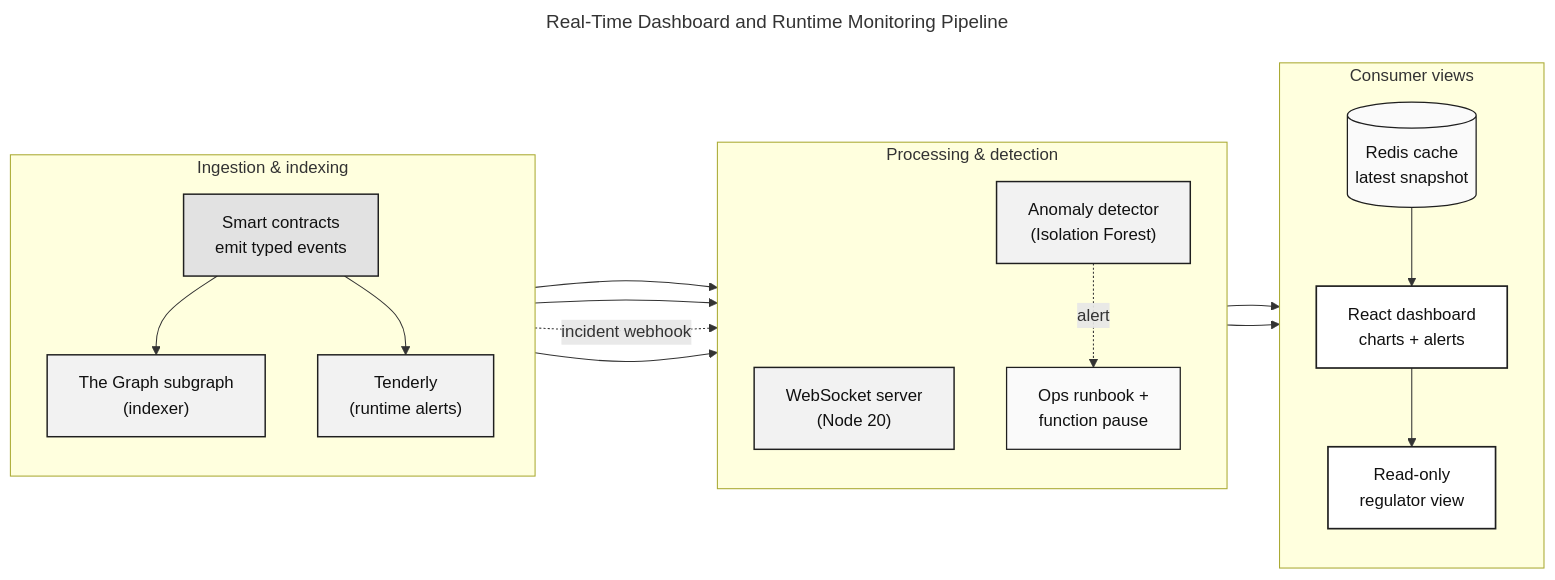
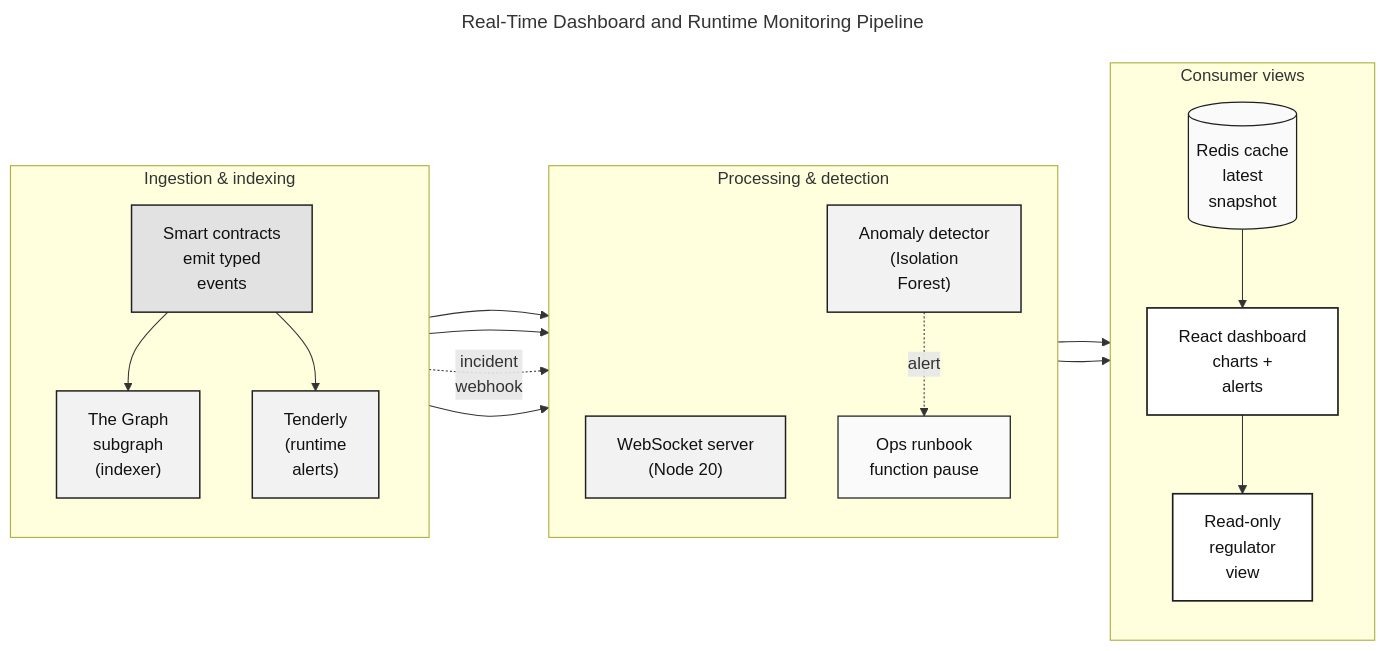
Before and after one commit to Yuvraajrahman/Cryto-World-Bank: the diagram in Documentation/Diagrams/mermaid-src/improved diagrams/fig-realtime-dashboard.mmd, drawn with Mermaid. The commit also changed 115 other files, not shown here.

Commit message:
updated and fixed diagrams

```diff
--- a/Documentation/Diagrams/mermaid-src/improved diagrams/fig-realtime-dashboard.mmd
+++ b/Documentation/Diagrams/mermaid-src/improved diagrams/fig-realtime-dashboard.mmd
@@ -1,38 +1,38 @@
 ---
 title: Real-Time Dashboard and Runtime Monitoring Pipeline
 ---
 flowchart LR
     classDef chain fill:#E2E2E2,stroke:#1F1F1F,stroke-width:1.4px,color:#111111
     classDef step  fill:#F2F2F2,stroke:#1F1F1F,stroke-width:1.4px,color:#111111
     classDef store fill:#FAFAFA,stroke:#1F1F1F,stroke-width:1.2px,color:#111111
     classDef view  fill:#FFFFFF,stroke:#1F1F1F,stroke-width:1.6px,color:#111111
 
     subgraph LEFT[" Ingestion & indexing "]
         direction TB
-        SC["Smart contracts<br/>emit typed events"]:::chain
-        GRP["The Graph subgraph<br/>(indexer)"]:::step
-        TEN["Tenderly<br/>(runtime alerts)"]:::step
+        SC["Smart contracts<br/>emit typed<br/>events"]:::chain
+        GRP["The Graph<br/>subgraph<br/>(indexer)"]:::step
+        TEN["Tenderly<br/>(runtime<br/>alerts)"]:::step
         SC --> GRP
         SC --> TEN
     end
 
     subgraph MID[" Processing & detection "]
         direction TB
         WS["WebSocket server<br/>(Node 20)"]:::step
-        ANL["Anomaly detector<br/>(Isolation Forest)"]:::step
-        OPS["Ops runbook +<br/>function pause"]:::store
+        ANL["Anomaly detector<br/>(Isolation<br/>Forest)"]:::step
+        OPS["Ops runbook<br/>function pause"]:::store
         GRP --> WS
         GRP --> ANL
-        TEN -. "incident webhook" .-> OPS
+        TEN -. "incident<br/>webhook" .-> OPS
         ANL -. "alert" .-> OPS
     end
 
     subgraph RIGHT[" Consumer views "]
         direction TB
-        CACHE[("Redis cache<br/>latest snapshot")]:::store
-        DASH["React dashboard<br/>charts + alerts"]:::view
-        REG["Read-only<br/>regulator view"]:::view
+        CACHE[("Redis cache<br/>latest<br/>snapshot")]:::store
+        DASH["React dashboard<br/>charts +<br/>alerts"]:::view
+        REG["Read-only<br/>regulator<br/>view"]:::view
         WS --> CACHE --> DASH --> REG
     end
 
     LEFT --> MID --> RIGHT
```
